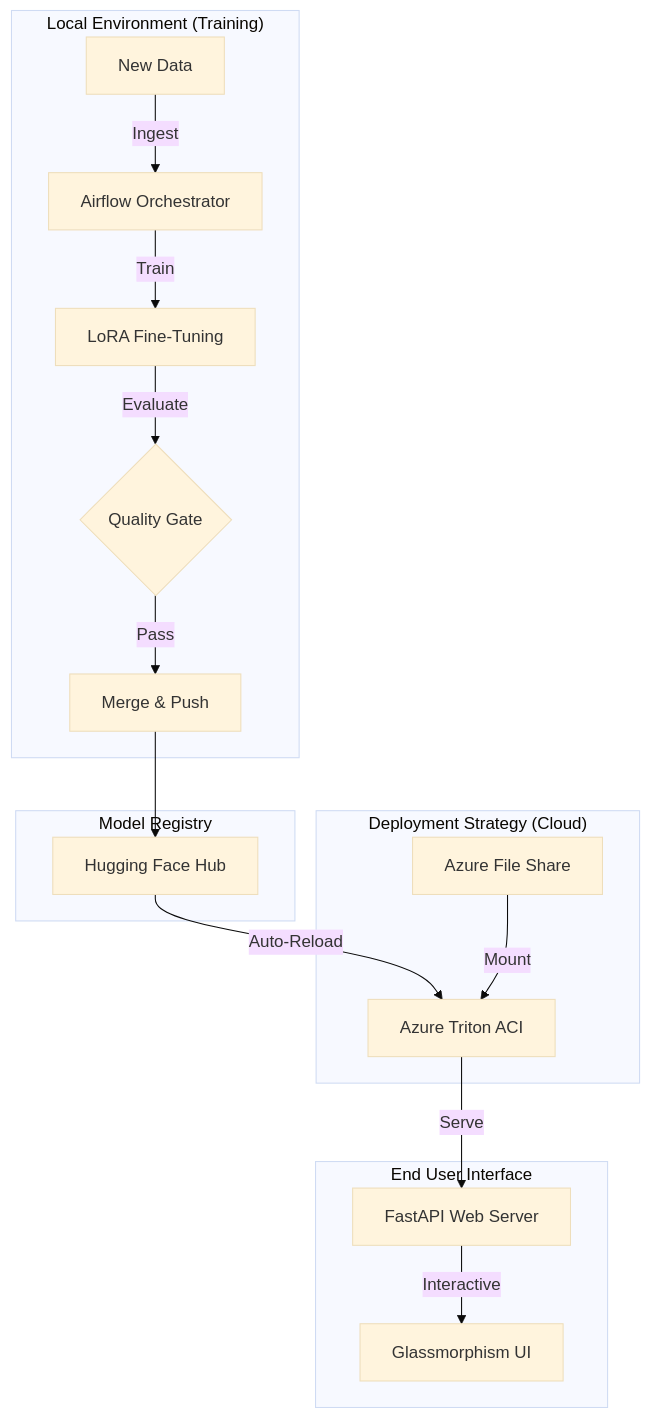
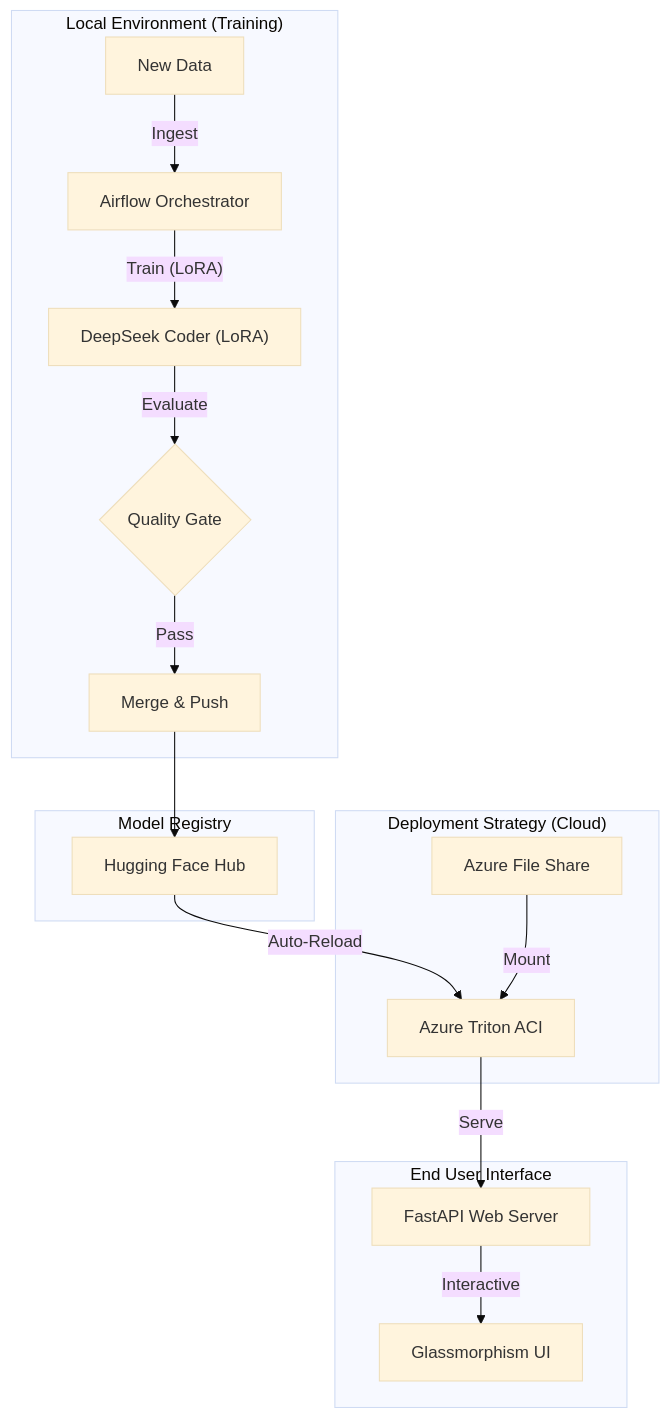
One commit to MohammedAmine0012/Continuous-Fine-Tuning-Pipeline-for-LLMs-Airflow-HuggingFace-LoRA- changed the diagram in README.md. Above: the diagram before and after it, drawn with Mermaid (base theme).

Commit message:
fix: mermaid syntax in README

````diff
--- a/README.md
+++ b/README.md
@@ -35,23 +35,23 @@
 ```mermaid
 graph TD
     subgraph "Local Environment (Training)"
         A[New Data] -->|Ingest| B[Airflow Orchestrator]
-        B -->|Train| C[LoRA Fine-Tuning]
+        B -->|"Train (LoRA)"| C["DeepSeek Coder (LoRA)"]
         C -->|Evaluate| D{Quality Gate}
         D -- Pass --> E[Merge & Push]
     end
 
     subgraph "Model Registry"
         E --> F[Hugging Face Hub]
     end
 
     subgraph "Deployment Strategy (Cloud)"
         F -->|Auto-Reload| G[Azure Triton ACI]
         H[Azure File Share] -->|Mount| G
     end
 
     subgraph "End User Interface"
         G -->|Serve| I[FastAPI Web Server]
         I -->|Interactive| J[Glassmorphism UI]
     end
 ```
````
